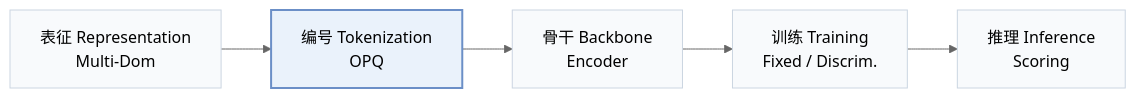
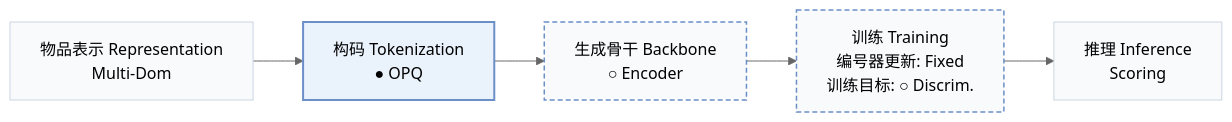
The first of 3 diagrams in pages/zh/papers/vq-rec.md (Galaxy-ghost/Awesome-SID-Generative-Rec), drawn with Mermaid (neutral theme) before and after one commit. The commit also changed other lines of this file and 558 other files, not shown here.

````diff
--- a/pages/zh/papers/vq-rec.md
+++ b/pages/zh/papers/vq-rec.md
@@ -15,8 +19,10 @@
 ```mermaid
 flowchart LR
-    R["表征 Representation<br/>Multi-Dom"] --> T["编号 Tokenization<br/>OPQ"] --> B["骨干 Backbone<br/>Encoder"] --> TR["训练 Training<br/>Fixed / Discrim."] --> I["推理 Inference<br/>Scoring"]
+    R["物品表示 Representation<br/>Multi-Dom"] --> T["构码 Tokenization<br/>● OPQ"] --> B["生成骨干 Backbone<br/>○ Encoder"] --> TR["训练 Training<br/>编号器更新: Fixed<br/>训练目标: ○ Discrim."] --> I["推理 Inference<br/>Scoring"]
     classDef base fill:#f8fafc,stroke:#cbd5e1
     class R,T,B,TR,I base
+    classDef other fill:#f8fafc,stroke:#6b8fc7,stroke-width:1.5px,stroke-dasharray:5 3
+    class B,TR other
     classDef main fill:#eaf2fb,stroke:#6b8fc7,stroke-width:2px
     class T main
 ```
````
